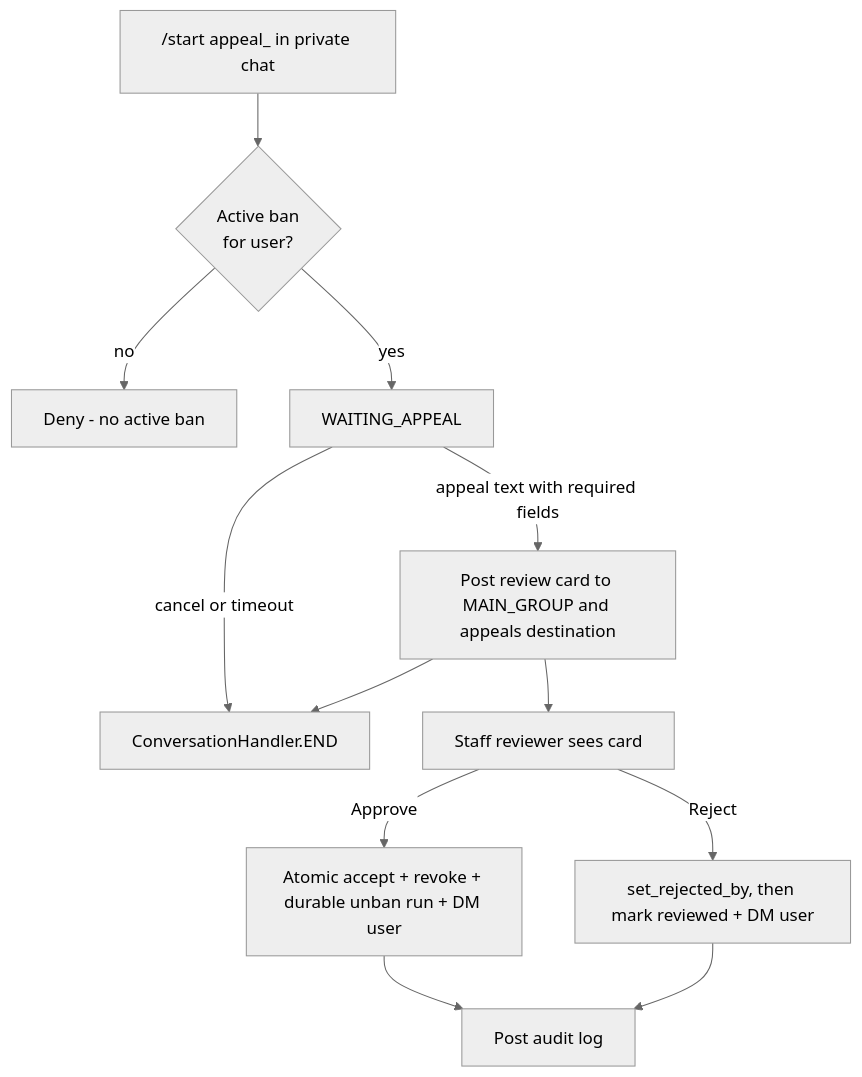
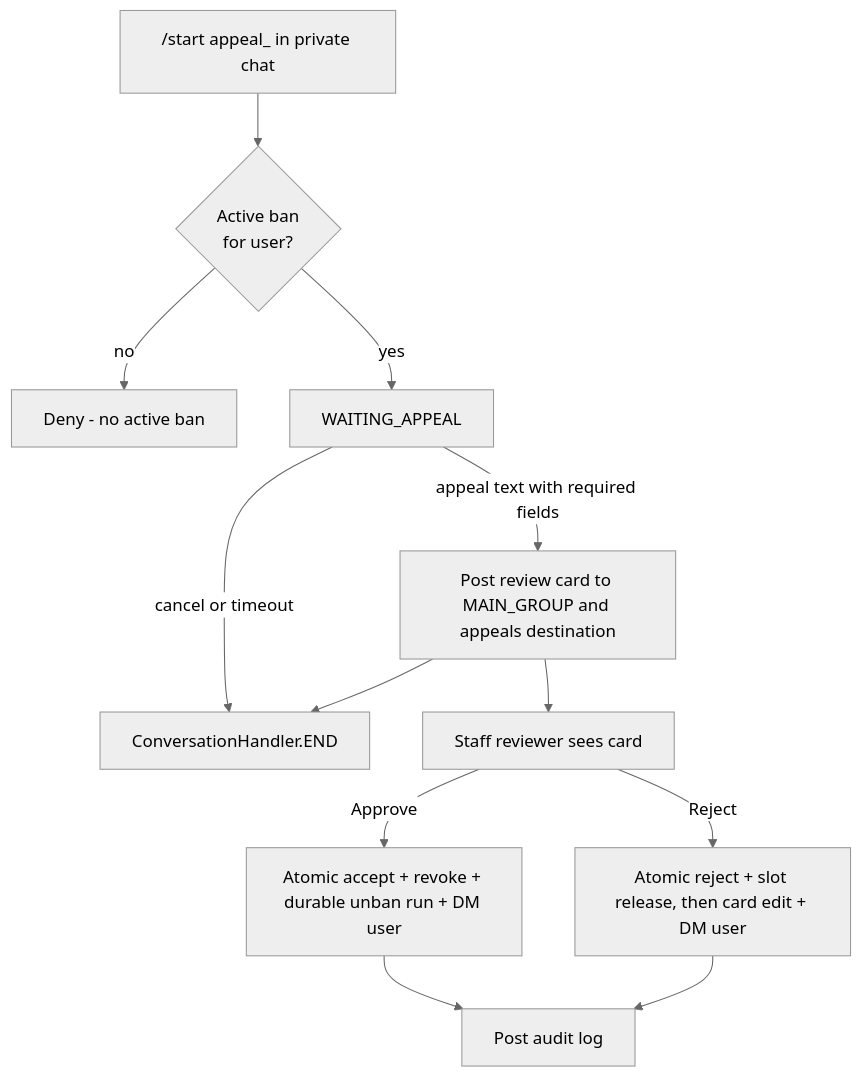
Before and after one commit to D1ZZY4/tcbot: the fourth of 4 diagrams in docs/architecture/workflows.md, drawn with Mermaid (neutral theme). The commit also changed other lines of this file and 4 other files, not shown here.

````diff
--- a/docs/architecture/workflows.md
+++ b/docs/architecture/workflows.md
@@ -218,14 +218,14 @@
 ```mermaid
 flowchart TD
     Start["/start appeal_<ban_id> in private chat"] --> Check{Active ban\nfor user?}
     Check -->|no| Deny[Deny - no active ban]
     Check -->|yes| Wait[WAITING_APPEAL]
     Wait -->|appeal text with required fields| Post[Post review card to MAIN_GROUP and appeals destination]
     Wait -->|cancel or timeout| End[ConversationHandler.END]
     Post --> End
     Post --> Review[Staff reviewer sees card]
     Review -->|Approve| Unban[Atomic accept + revoke + durable unban run + DM user]
-    Review -->|Reject| Reject[set_rejected_by, then mark reviewed + DM user]
+    Review -->|Reject| Reject[Atomic reject + slot release, then card edit + DM user]
     Unban --> LogChat[Post audit log]
     Reject --> LogChat
 ```
````
